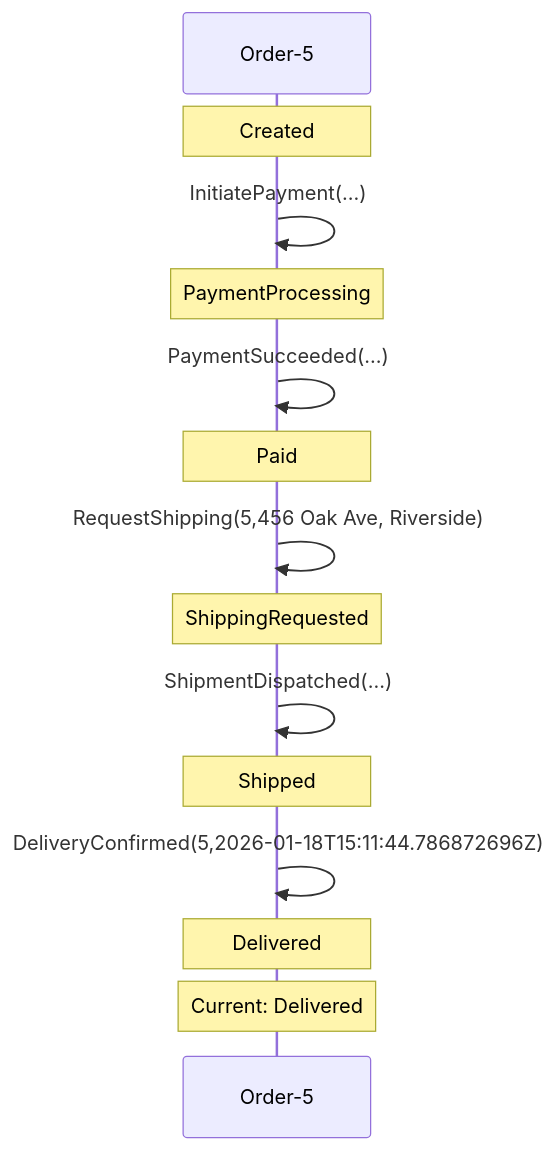
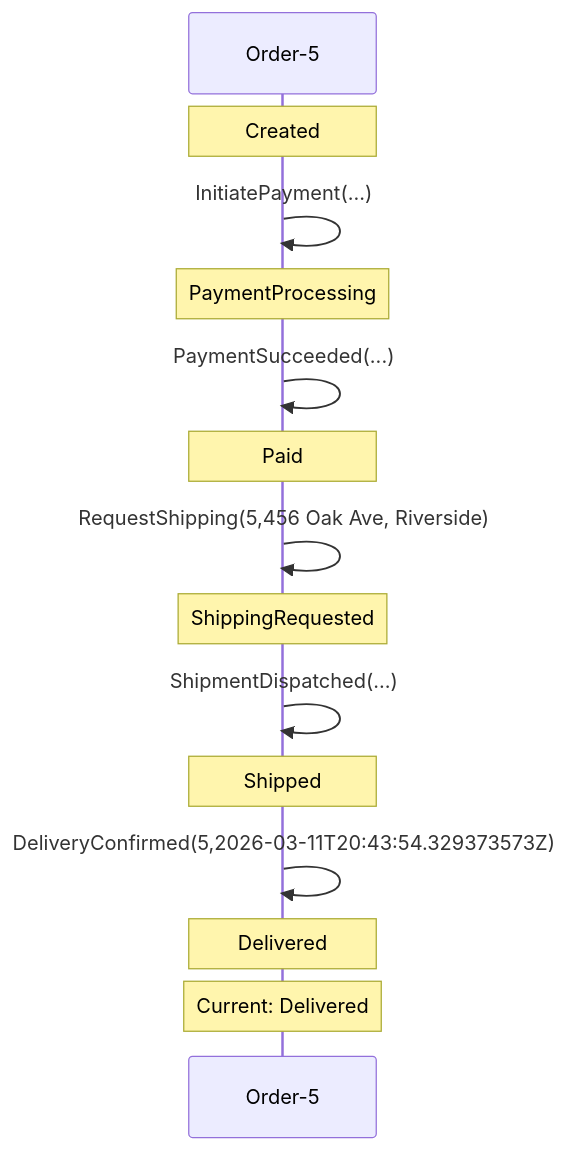
Before and after one commit to Iterable/mechanoid: the first of 2 diagrams in docs/visualizations/order-5-trace.md, drawn with Mermaid. The commit also changed 54 other files, not shown here.

First line of the commit message:
[AI-4121] Replace include() with combine/++ and enhance DB schema (#31)

````diff
--- a/docs/visualizations/order-5-trace.md
+++ b/docs/visualizations/order-5-trace.md
@@ -7,17 +7,17 @@
 ```mermaid
 sequenceDiagram
     participant FSM as Order-5
     Note over FSM: Created
     FSM->>FSM: InitiatePayment(...)
     Note over FSM: PaymentProcessing
     FSM->>FSM: PaymentSucceeded(...)
     Note over FSM: Paid
     FSM->>FSM: RequestShipping(5,456 Oak Ave, Riverside)
     Note over FSM: ShippingRequested
     FSM->>FSM: ShipmentDispatched(...)
     Note over FSM: Shipped
-    FSM->>FSM: DeliveryConfirmed(5,2026-01-18T15:11:44.786872696Z)
+    FSM->>FSM: DeliveryConfirmed(5,2026-03-11T20:43:54.329373573Z)
     Note over FSM: Delivered
     Note over FSM: Current: Delivered
 
 ```
````
